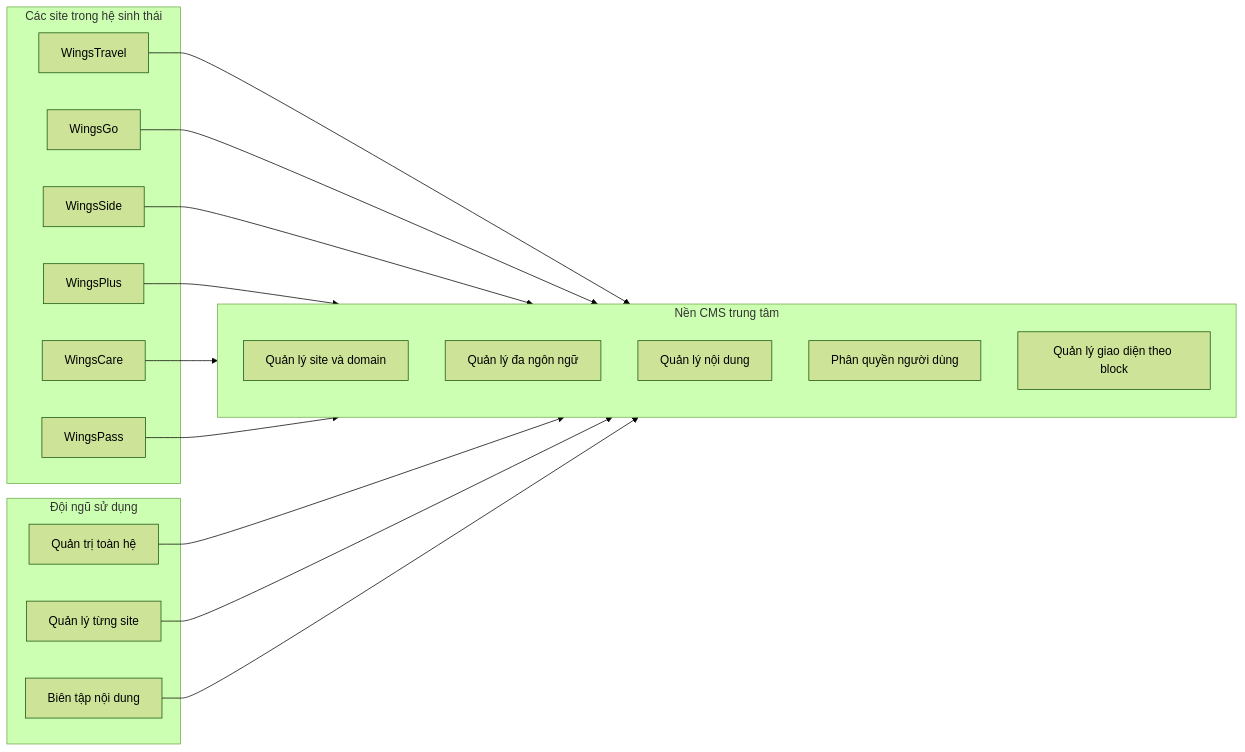
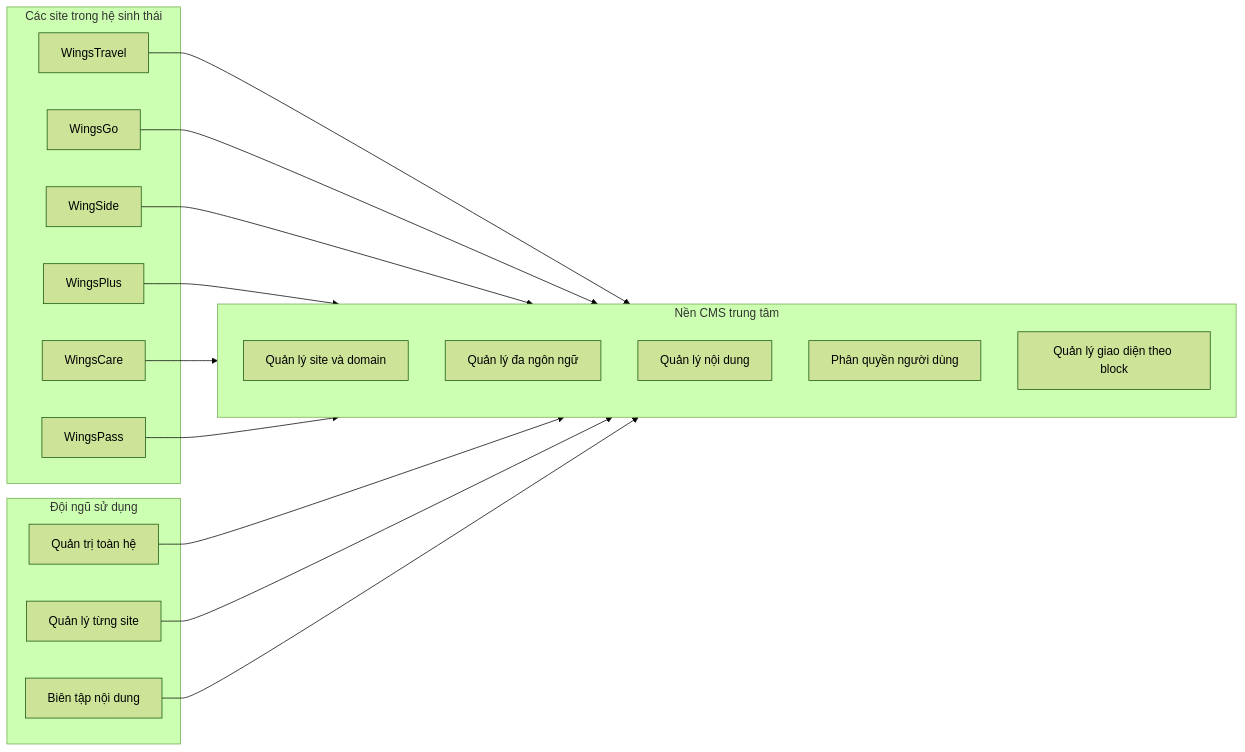
One commit to tankisstank/WingsGroup changed the diagram in source/strategy/20 Kiến trúc đề xuất gửi khách hàng WingsTravel.md. Above: the diagram before and after it, drawn with Mermaid (forest theme). The commit also changed other lines of this file and 88 other files, not shown here.

Commit message:
feat(tours): release WingSide taxonomy

````diff
--- a/source/strategy/20 Kiến trúc đề xuất gửi khách hàng WingsTravel.md
+++ b/source/strategy/20 Kiến trúc đề xuất gửi khách hàng WingsTravel.md
@@ -42,36 +42,36 @@
 ```mermaid
 flowchart LR
     subgraph Sites["Các site trong hệ sinh thái"]
         A["WingsTravel"]
         B["WingsGo"]
-        C["WingsSide"]
+        C["WingSide"]
         D["WingsPlus"]
         E["WingsCare"]
         F["WingsPass"]
     end
 
     subgraph CMS["Nền CMS trung tâm"]
         S["Quản lý site và domain"]
         L["Quản lý đa ngôn ngữ"]
         C2["Quản lý nội dung"]
         P["Phân quyền người dùng"]
         B2["Quản lý giao diện theo block"]
     end
 
     subgraph Team["Đội ngũ sử dụng"]
         SA["Quản trị toàn hệ"]
         SM["Quản lý từng site"]
         ED["Biên tập nội dung"]
     end
 
     A --> CMS
     B --> CMS
     C --> CMS
     D --> CMS
     E --> CMS
     F --> CMS
 
     SA --> CMS
     SM --> CMS
     ED --> CMS
 ```
````
